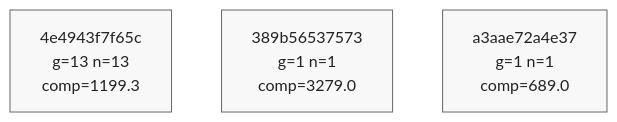
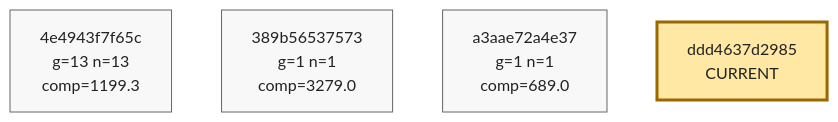
The ninth of 9 diagrams in phyrogenetic-tree.md (azumag/soviet_now), drawn with Mermaid before and after one commit. The commit also changed other lines of this file and 2 other files, not shown here.

````diff
--- a/phyrogenetic-tree.md
+++ b/phyrogenetic-tree.md
@@ -2232,16 +2234,18 @@
 ```mermaid
 flowchart TD
     h_4e4943f7f65c["4e4943f7f65c<br/>g=13 n=13<br/>comp=1199.3"]
     h_389b56537573["389b56537573<br/>g=1 n=1<br/>comp=3279.0"]
     h_a3aae72a4e37["a3aae72a4e37<br/>g=1 n=1<br/>comp=689.0"]
+    h_ddd4637d2985["ddd4637d2985<br/>CURRENT"]
 
 
     classDef plain fill:#f8f8f8,stroke:#666,stroke-width:1px,color:#222;
     classDef current fill:#ffe8a3,stroke:#9a6700,stroke-width:3px,color:#222;
     classDef anchor fill:#d7f5dd,stroke:#1f6f43,stroke-width:3px,color:#222;
     classDef current_anchor fill:#f3e4a8,stroke:#1f6f43,stroke-width:4px,color:#222;
 
     class h_4e4943f7f65c plain;
     class h_389b56537573 plain;
     class h_a3aae72a4e37 plain;
+    class h_ddd4637d2985 current;
 ```
````
